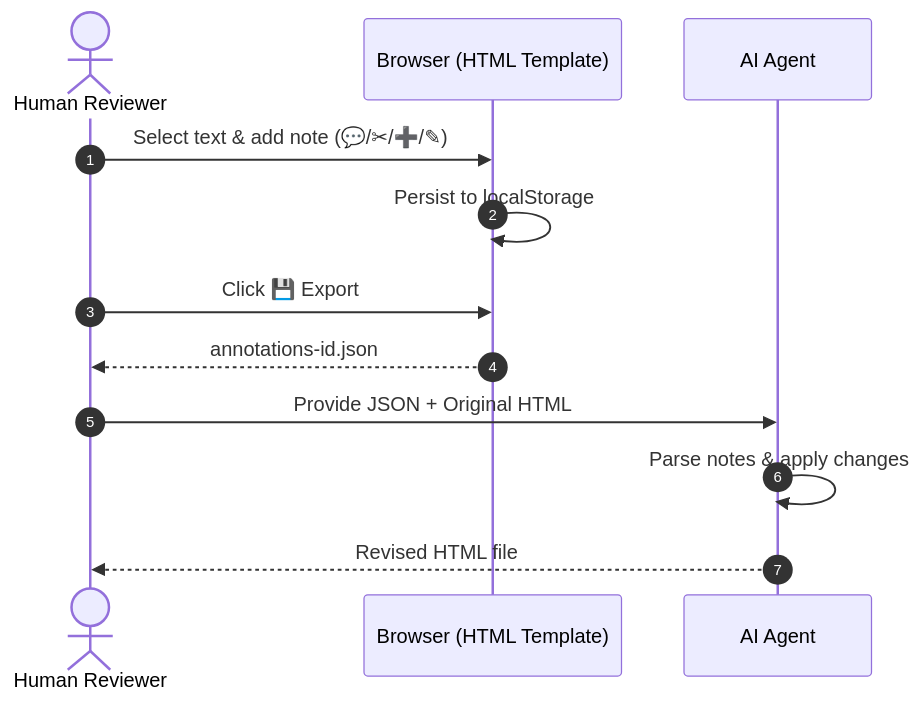
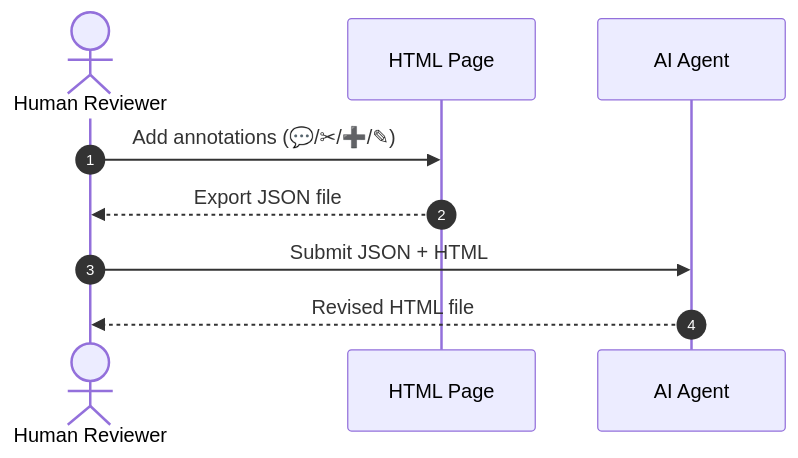
One commit to cheahhl814/html-template-pack changed the diagram in README.md. Above: the diagram before and after it, drawn with Mermaid.

Commit message:
docs: further simplify 'Review Cycle' mermaid diagram
Removes internal implementation details (localStorage, parsing) and
technical labels (annotations-id.json) in favor of high-level
interactions.

The flow is now:
Human $\to$ Page (Add annotations) $\to$ Human (Export JSON) $\to$
Agent (Submit JSON+HTML) $\to$ Human (Revised HTML)

This makes the core loop immediately understandable to anyone
without needing to know how the browser storage or agent parsing
works.

````diff
--- a/README.md
+++ b/README.md
@@ -149,15 +149,12 @@
 ```mermaid
 sequenceDiagram
     autonumber
     actor Human as Human Reviewer
-    participant Browser as Browser (HTML Template)
+    participant Page as HTML Page
     participant Agent as AI Agent
 
-    Human->>Browser: Select text & add note (💬/✂/➕/✎)
-    Browser->>Browser: Persist to localStorage
-    Human->>Browser: Click 💾 Export
-    Browser-->>Human: annotations-id.json
-    Human->>Agent: Provide JSON + Original HTML
-    Agent->>Agent: Parse notes & apply changes
+    Human->>Page: Add annotations (💬/✂/➕/✎)
+    Page-->>Human: Export JSON file
+    Human->>Agent: Submit JSON + HTML
     Agent-->>Human: Revised HTML file
 ```
````
